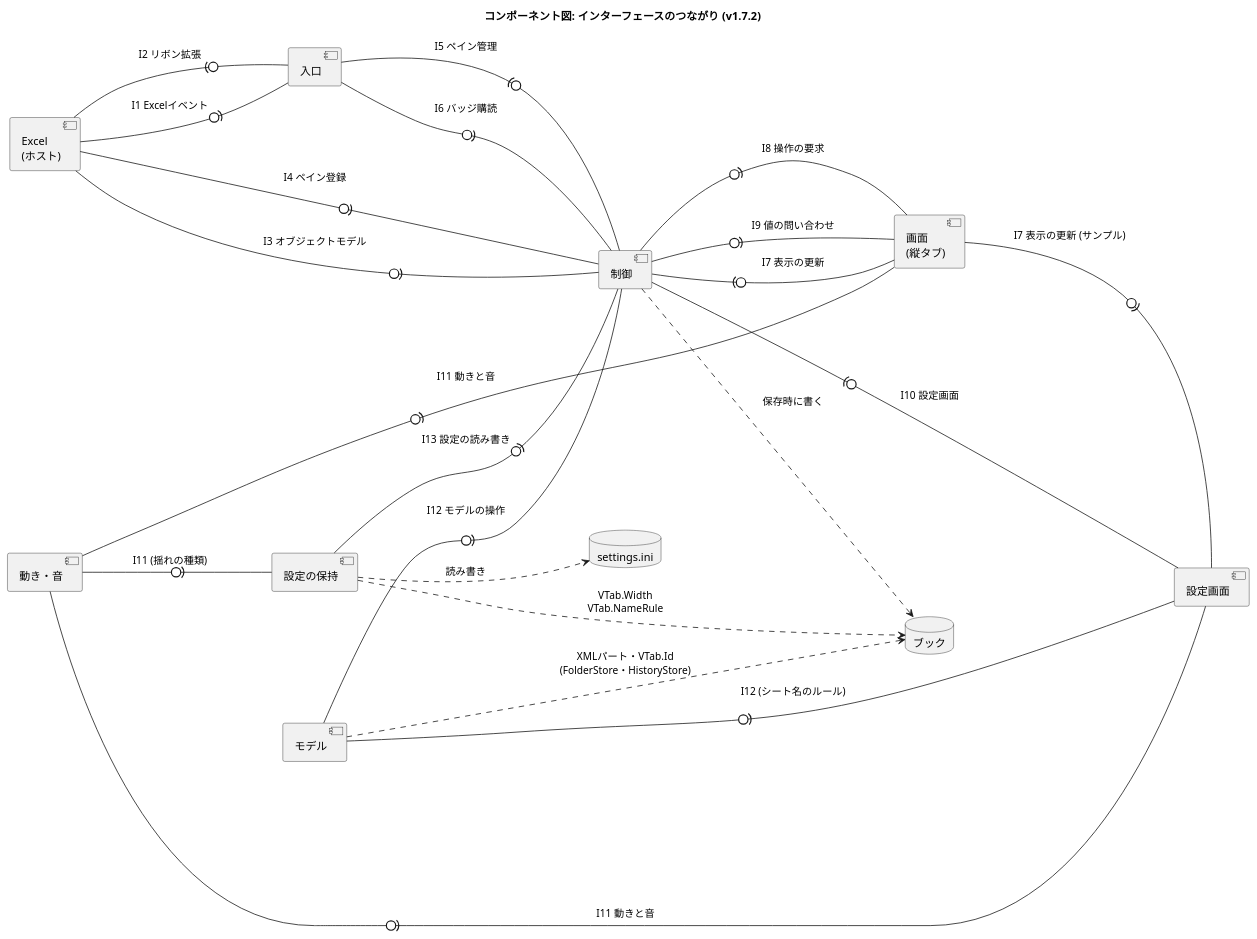
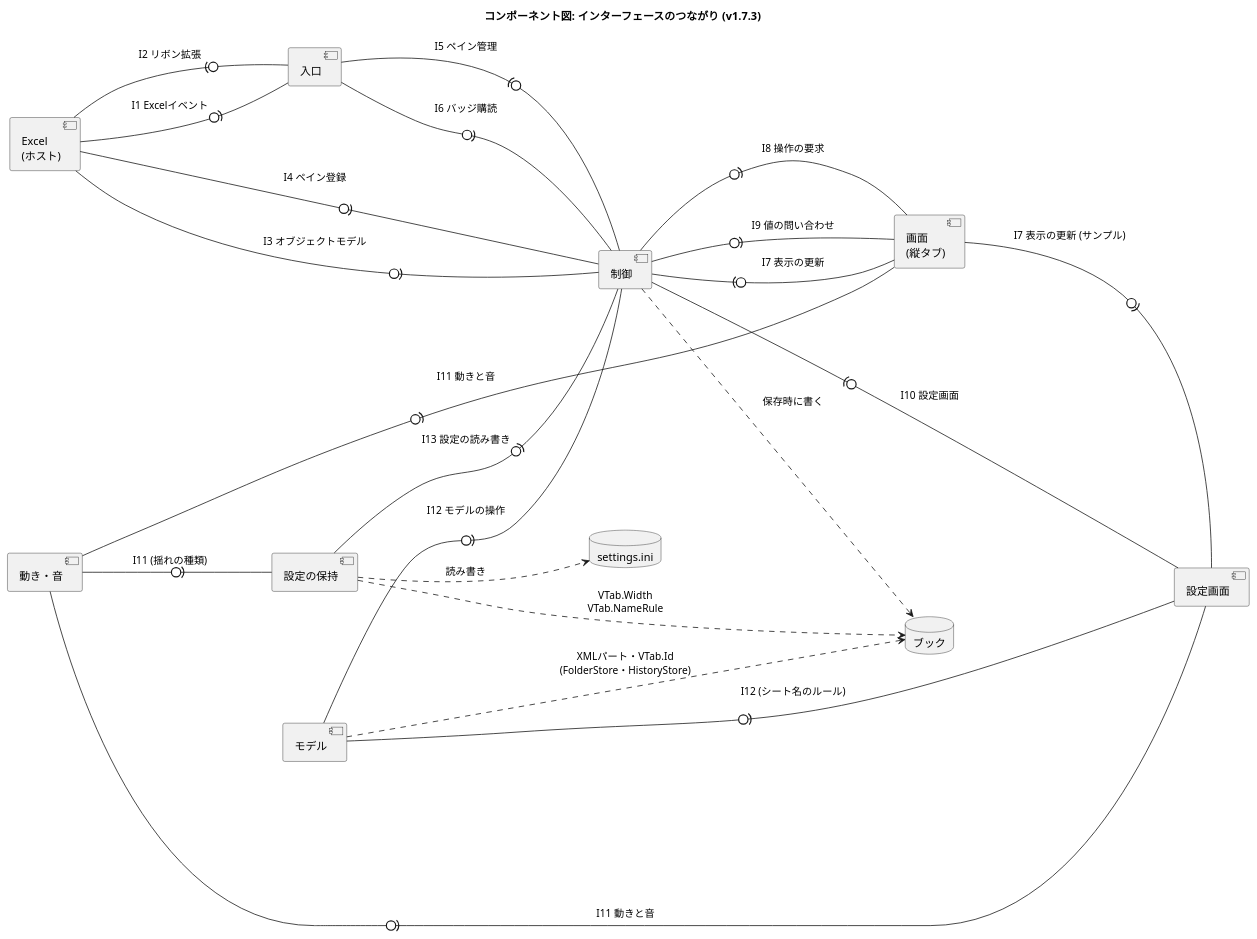
Before and after one commit to nk-taka623/VerticalSheetTabs: the diagram in docs/component-interface.puml, drawn with PlantUML. The commit also changed 15 other files, not shown here.

```diff
--- a/docs/component-interface.puml
+++ b/docs/component-interface.puml
@@ -1,43 +1,43 @@
 @startuml
-title コンポーネント図: インターフェースのつながり (v1.7.2)
+title コンポーネント図: インターフェースのつながり (v1.7.3)
 left to right direction
 skinparam componentStyle uml2
 skinparam shadowing false
 skinparam nodesep 50
 skinparam ranksep 110
 
 component "Excel\n(ホスト)" as HOST
 component "入口" as ENTRY
 component "制御" as CTRL
 component "画面\n(縦タブ)" as VIEW
 component "設定画面" as SETTINGS
 component "動き・音" as FX
 component "モデル" as MODEL
 component "設定の保持" as CONFIG
 database "ブック" as BOOK
 database "settings.ini" as INI
 
 ' 「提供側 -0)- 利用側」: 丸が提供するインターフェース、受け口が利用 (I1 から I13 は、DEVELOPMENT.md の表)
 HOST -0)- ENTRY : I1 Excelイベント
 ENTRY -0)- HOST : I2 リボン拡張
 HOST -0)- CTRL : I3 オブジェクトモデル
 HOST -0)- CTRL : I4 ペイン登録
 CTRL -0)- ENTRY : I5 ペイン管理
 ENTRY -0)- CTRL : I6 バッジ購読
 VIEW -0)- CTRL : I7 表示の更新
 CTRL -0)- VIEW : I8 操作の要求
 CTRL -0)- VIEW : I9 値の問い合わせ
 SETTINGS -0)- CTRL : I10 設定画面
 VIEW -0)- SETTINGS : I7 表示の更新 (サンプル)
 FX -0)- VIEW : I11 動きと音
 FX -0)- SETTINGS : I11 動きと音
 FX -0)- CONFIG : I11 (揺れの種類)
 MODEL -0)- CTRL : I12 モデルの操作
 MODEL -0)- SETTINGS : I12 (シート名のルール)
 CONFIG -0)- CTRL : I13 設定の読み書き
 
 CTRL ..> BOOK : 保存時に書く
 MODEL ..> BOOK : XMLパート・VTab.Id\n(FolderStore・HistoryStore)
 CONFIG ..> BOOK : VTab.Width\nVTab.NameRule
 CONFIG ..> INI : 読み書き
 @enduml
```
